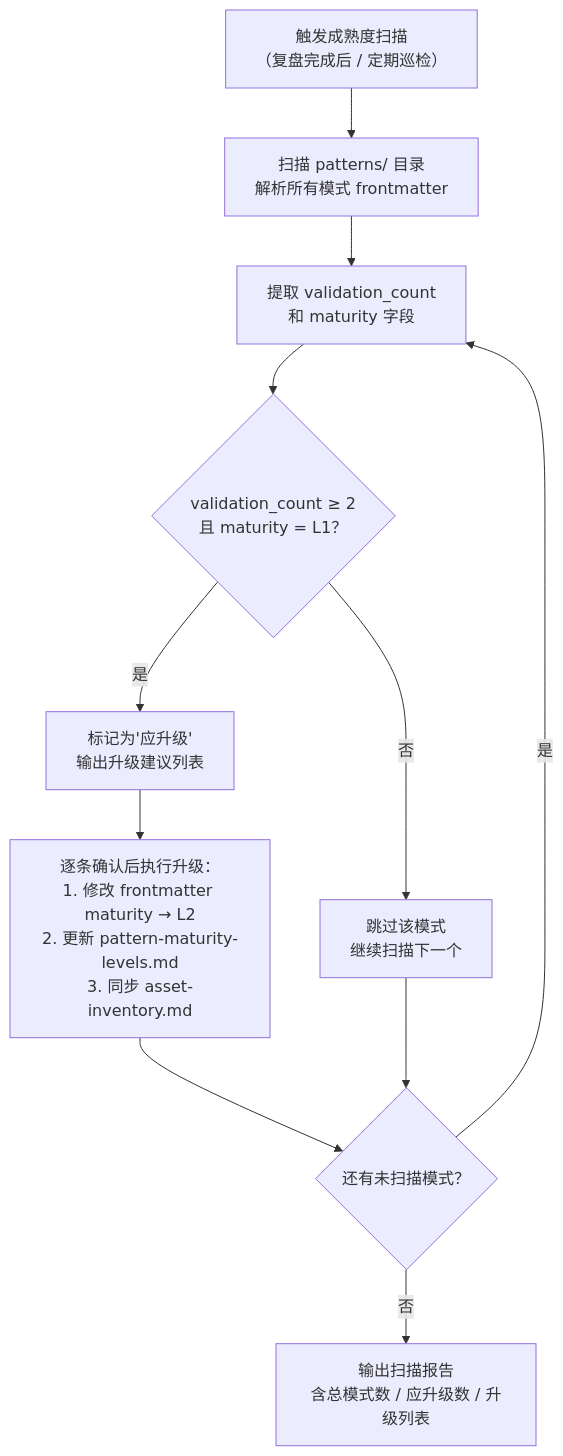
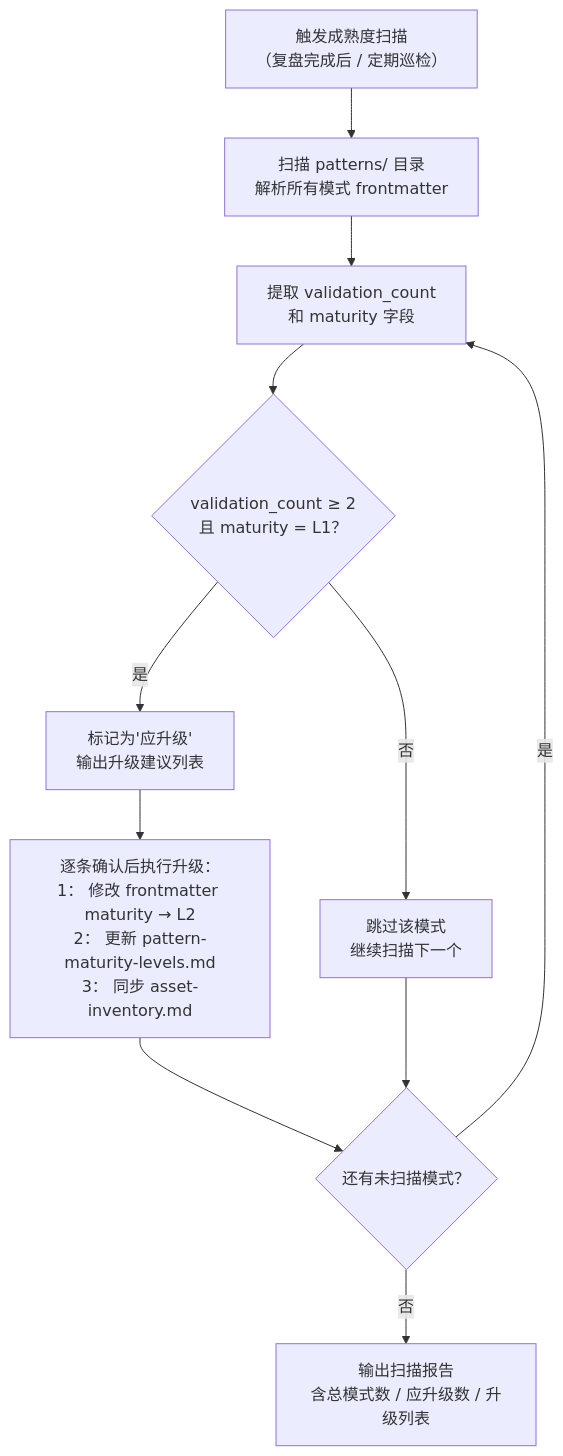
Before and after one commit to xinetzone/SpecWeave: the second of 2 diagrams in docs/retrospective/patterns/methodology-patterns/auto-generate-threshold.md, drawn with Mermaid. The commit also changed other lines of this file and 46 other files, not shown here.

````diff
--- a/docs/retrospective/patterns/methodology-patterns/auto-generate-threshold.md
+++ b/docs/retrospective/patterns/methodology-patterns/auto-generate-threshold.md
@@ -151,13 +151,13 @@
 ```mermaid
 flowchart TD
     A["触发成熟度扫描<br/>（复盘完成后 / 定期巡检）"] --> B["扫描 patterns/ 目录<br/>解析所有模式 frontmatter"]
     B --> C["提取 validation_count<br/>和 maturity 字段"]
     C --> D{"validation_count ≥ 2<br/>且 maturity = L1？"}
-    D -->|是| E["标记为'应升级'<br/>输出升级建议列表"]
-    D -->|否| F["跳过该模式<br/>继续扫描下一个"]
-    E --> G["逐条确认后执行升级：<br/>1. 修改 frontmatter maturity → L2<br/>2. 更新 pattern-maturity-levels.md<br/>3. 同步 asset-inventory.md"]
+    D -->|"是"| E["标记为'应升级'<br/>输出升级建议列表"]
+    D -->|"否"| F["跳过该模式<br/>继续扫描下一个"]
+    E --> G["逐条确认后执行升级：<br/>1： 修改 frontmatter maturity → L2<br/>2： 更新 pattern-maturity-levels.md<br/>3： 同步 asset-inventory.md"]
     G --> H{"还有未扫描模式？"}
     F --> H
-    H -->|是| C
-    H -->|否| I["输出扫描报告<br/>含总模式数 / 应升级数 / 升级列表"]
+    H -->|"是"| C
+    H -->|"否"| I["输出扫描报告<br/>含总模式数 / 应升级数 / 升级列表"]
 ```
````
